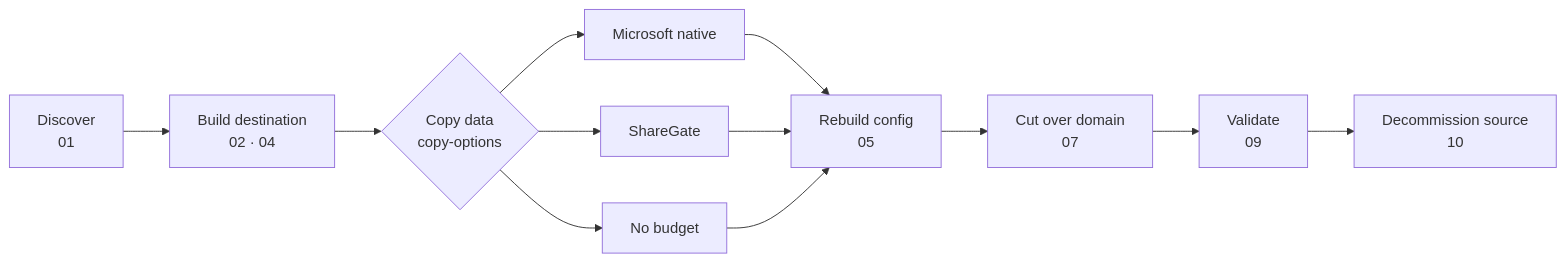
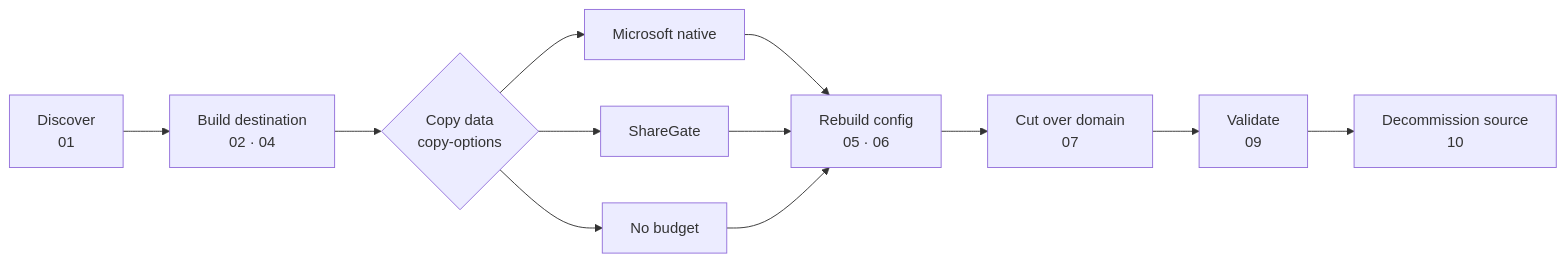
One commit to mezbauddin/M365-PreMigration-Inventory changed the diagram in README.md. Above: the diagram before and after it, drawn with Mermaid. The commit also changed other lines of this file, not shown here.

````diff
--- a/README.md
+++ b/README.md
@@ -13,12 +13,12 @@
 ```mermaid
 flowchart LR
     D[Discover<br/>01] --> B[Build destination<br/>02 · 04]
     B --> C{Copy data<br/>copy-options}
     C --> A[Microsoft native]
     C --> S[ShareGate]
     C --> N[No budget]
-    A & S & N --> M[Rebuild config<br/>05]
+    A & S & N --> M[Rebuild config<br/>05 · 06]
     M --> X[Cut over domain<br/>07]
     X --> V[Validate<br/>09]
     V --> R[Decommission source<br/>10]
 ```
````
